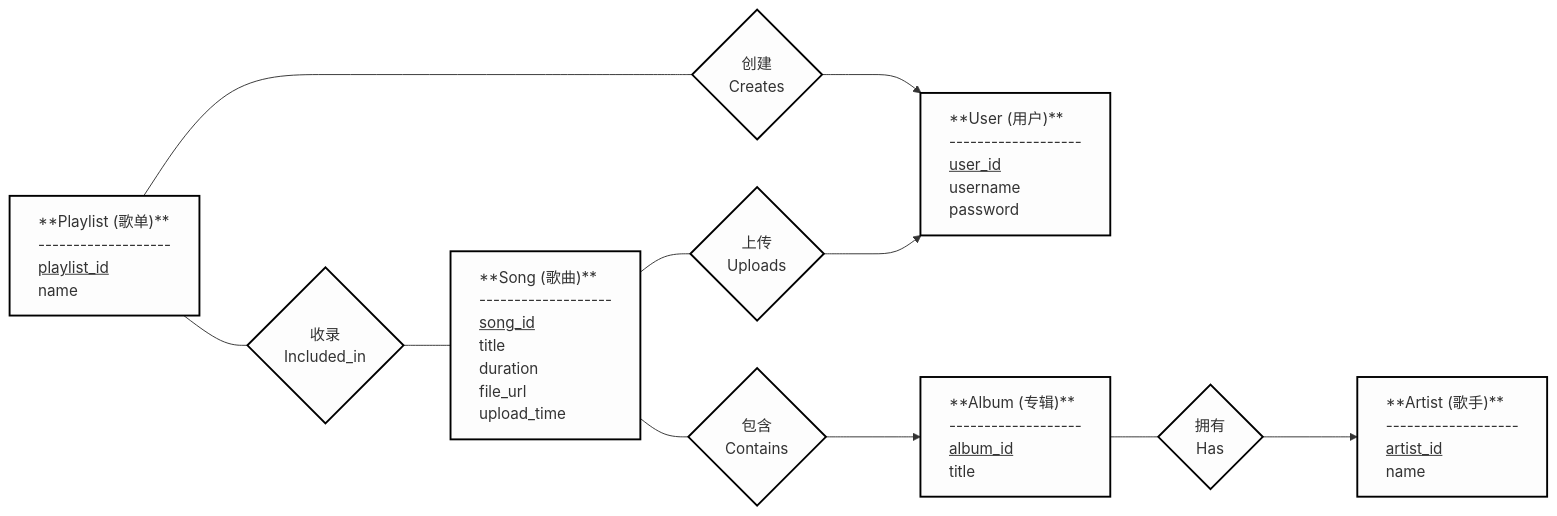
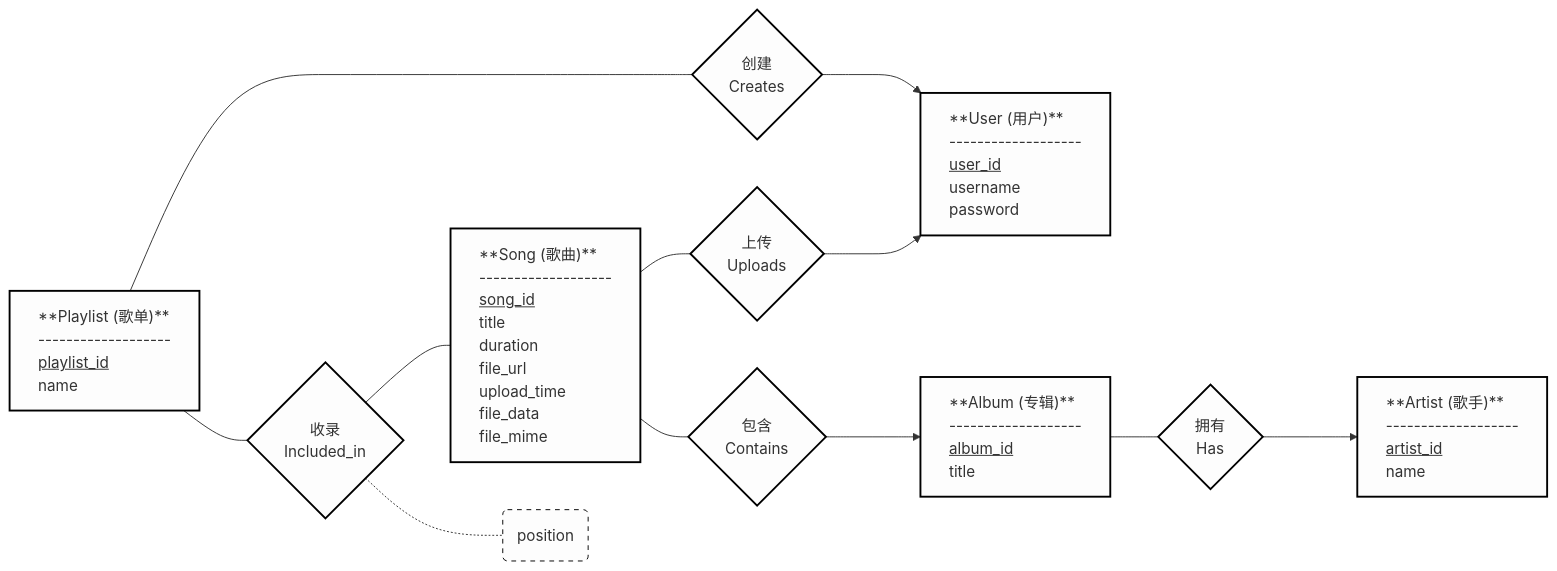
The diagram in README.md (as2d1/music_system), drawn with Mermaid before and after one commit. The commit also changed other lines of this file and 14 other files, not shown here.

````diff
--- a/README.md
+++ b/README.md
@@ -38,36 +39,43 @@
 ```mermaid
 flowchart LR
     %% 样式定义：左对齐文本，带边框
     classDef entity fill:#fdfdfd,stroke:#000,stroke-width:2px,text-align:left;
     classDef relation shape:diamond,fill:#fdfdfd,stroke:#000,stroke-width:2px;
+    classDef attribute shape:rect,fill:#fdfdfd,stroke:#000,stroke-width:1px,stroke-dasharray: 5 5;
 
     %% --- 实体 (Entities) ---
     User["**User (用户)**<br>-------------------<br><u>user_id</u><br>username<br>password"]:::entity
     Artist["**Artist (歌手)**<br>-------------------<br><u>artist_id</u><br>name"]:::entity
     Album["**Album (专辑)**<br>-------------------<br><u>album_id</u><br>title"]:::entity
-    Song["**Song (歌曲)**<br>-------------------<br><u>song_id</u><br>title<br>duration<br>file_url<br>upload_time"]:::entity
+    Song["**Song (歌曲)**<br>-------------------<br><u>song_id</u><br>title<br>duration<br>file_url<br>upload_time<br>file_data<br>file_mime<br>"]:::entity
     Playlist["**Playlist (歌单)**<br>-------------------<br><u>playlist_id</u><br>name"]:::entity
 
     %% --- 关系 (Relationships) ---
     R_Uploads{上传<br>Uploads}:::relation
     R_Creates{创建<br>Creates}:::relation
     R_Has{拥有<br>Has}:::relation
     R_Contains{包含<br>Contains}:::relation
     R_Included{收录<br>Included_in}:::relation
+
+    %% --- 关系属性 (Relationship Attributes) ---
+    Attr_Position(position):::attribute
 
     %% --- 连线与基数 (Cardinality) ---
     %% 用户 1:N 歌曲 (上传)
     Song --- R_Uploads ---> User
     
     %% 用户 1:N 歌单 (创建)
     Playlist --- R_Creates ---> User
 
     %% 歌手 1:N 专辑
     Album --- R_Has ---> Artist 
 
     %% 专辑 1:N 歌曲 (强实体依赖)
     Song --- R_Contains ---> Album
 
     %% 歌单 M:N 歌曲 (多对多)
     Playlist --- R_Included --- Song
+    
+    %% --- 属性连接 ---
+    R_Included -.- Attr_Position
 ```
````
